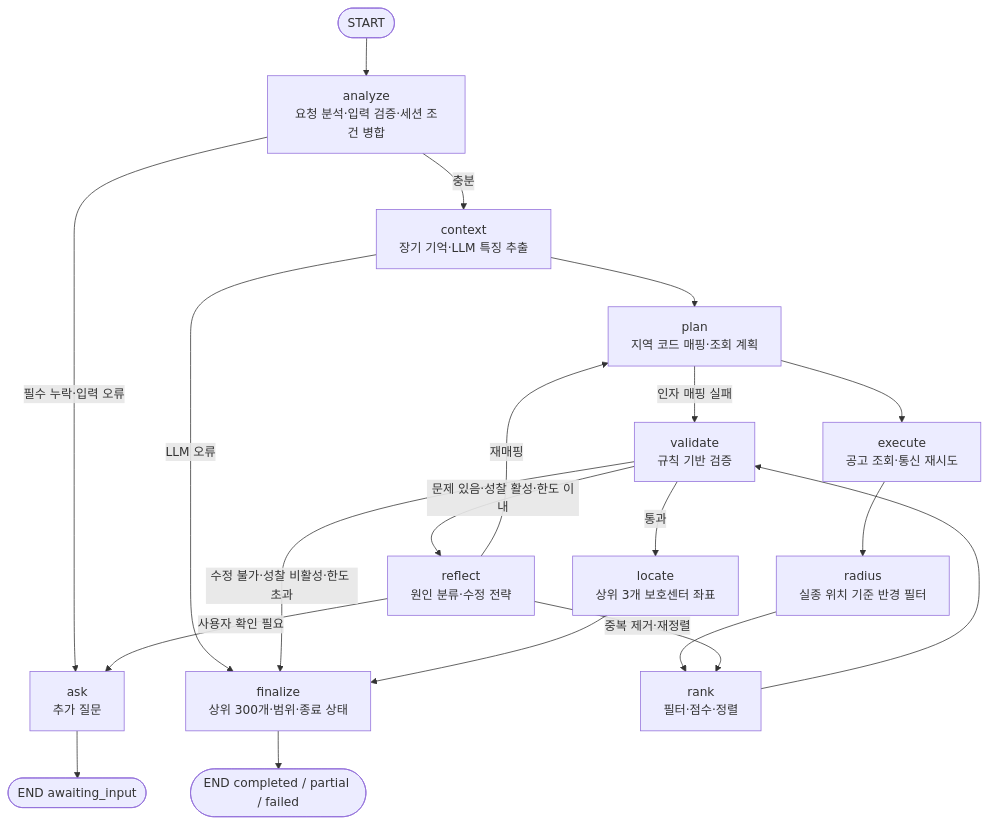
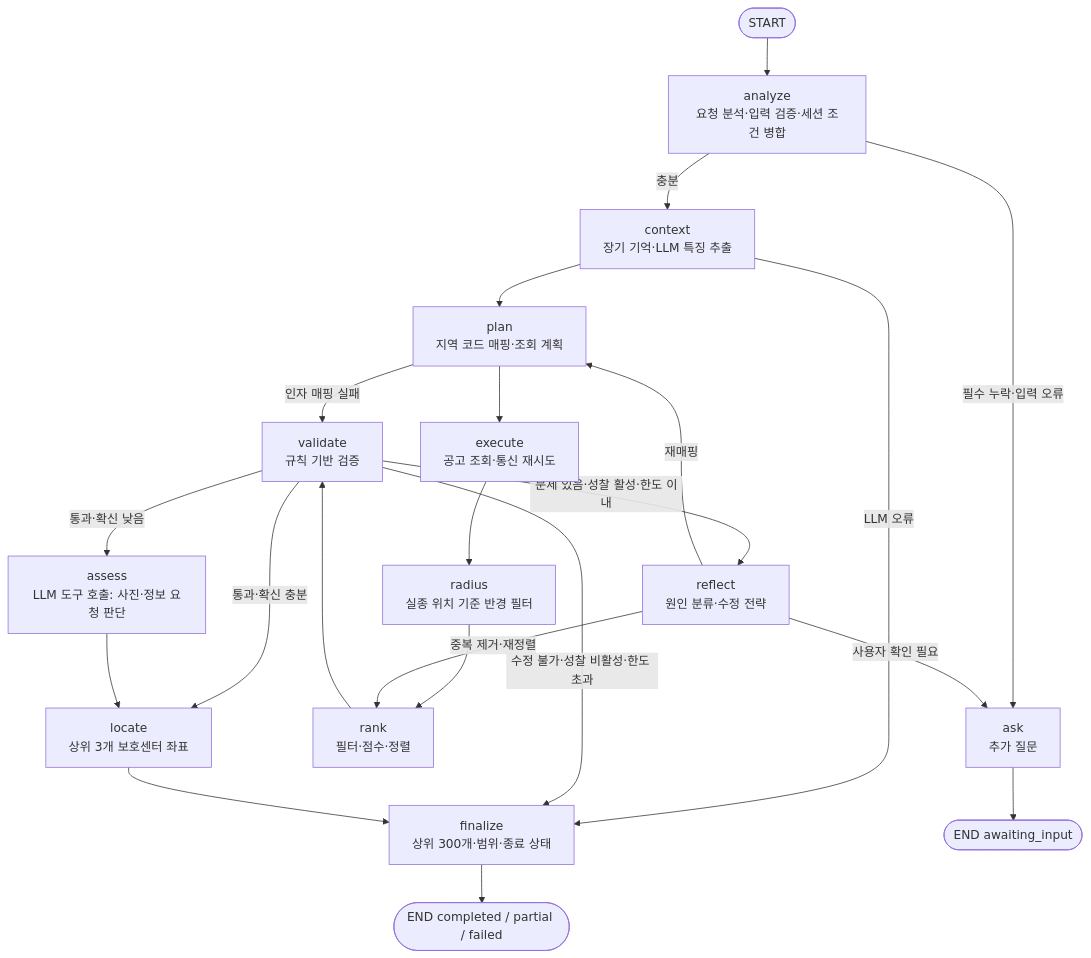
One commit to aio-03-p2-team1/aio-03-p2-team1 changed the first of 3 diagrams in docs/architecture.md. Above: the diagram before and after it, drawn with Mermaid. The commit also changed other lines of this file and 1 other file, not shown here.

First line of the commit message:
docs: assess 노드·확신 신호·API 계약 변경 문서화(v0.2.17)

````diff
--- a/docs/architecture.md
+++ b/docs/architecture.md
@@ -28,22 +28,24 @@
 ```mermaid
 flowchart TD
   S([START]) --> A[analyze<br/>요청 분석·입력 검증·세션 조건 병합]
   A -- 필수 누락·입력 오류 --> Q[ask<br/>추가 질문]
   A -- 충분 --> C[context<br/>장기 기억·LLM 특징 추출]
   C -- LLM 오류 --> F
   C --> P[plan<br/>지역 코드 매핑·조회 계획]
   P -- 인자 매핑 실패 --> V
   P --> E[execute<br/>공고 조회·통신 재시도]
   E --> RD[radius<br/>실종 위치 기준 반경 필터]
   RD --> R[rank<br/>필터·점수·정렬]
   R --> V[validate<br/>규칙 기반 검증]
   V -- 문제 있음·성찰 활성·한도 이내 --> X[reflect<br/>원인 분류·수정 전략]
   X -- 재매핑 --> P
   X -- 중복 제거·재정렬 --> R
   X -- 사용자 확인 필요 --> Q
-  V -- 통과 --> L[locate<br/>상위 3개 보호센터 좌표]
+  V -- 통과·확신 충분 --> L[locate<br/>상위 3개 보호센터 좌표]
+  V -- 통과·확신 낮음 --> AS[assess<br/>LLM 도구 호출: 사진·정보 요청 판단]
+  AS --> L
   V -- 수정 불가·성찰 비활성·한도 초과 --> F
   L --> F[finalize<br/>상위 300개·범위·종료 상태]
   Q --> END1([END awaiting_input])
   F --> END2([END completed / partial / failed])
 ```
````
